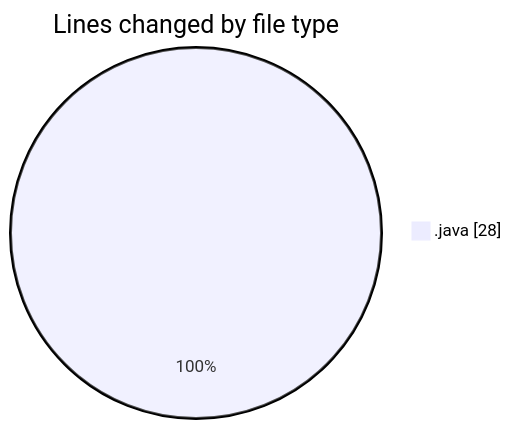
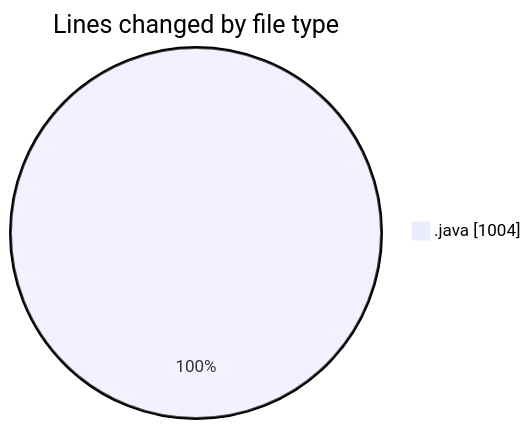
The first of 2 diagrams in 2026-03-30/cilofertascomerciales/README.md (ricardozamudiocil/code-tracking), drawn with Mermaid before and after one commit. The commit also changed other lines of this file and 1 other file, not shown here.

````diff
--- a/2026-03-30/cilofertascomerciales/README.md
+++ b/2026-03-30/cilofertascomerciales/README.md
@@ -20,5 +21,5 @@
 ```mermaid
 pie showData
 title Lines changed by file type
-".java" : 28
+".java" : 1004
 ```
````
